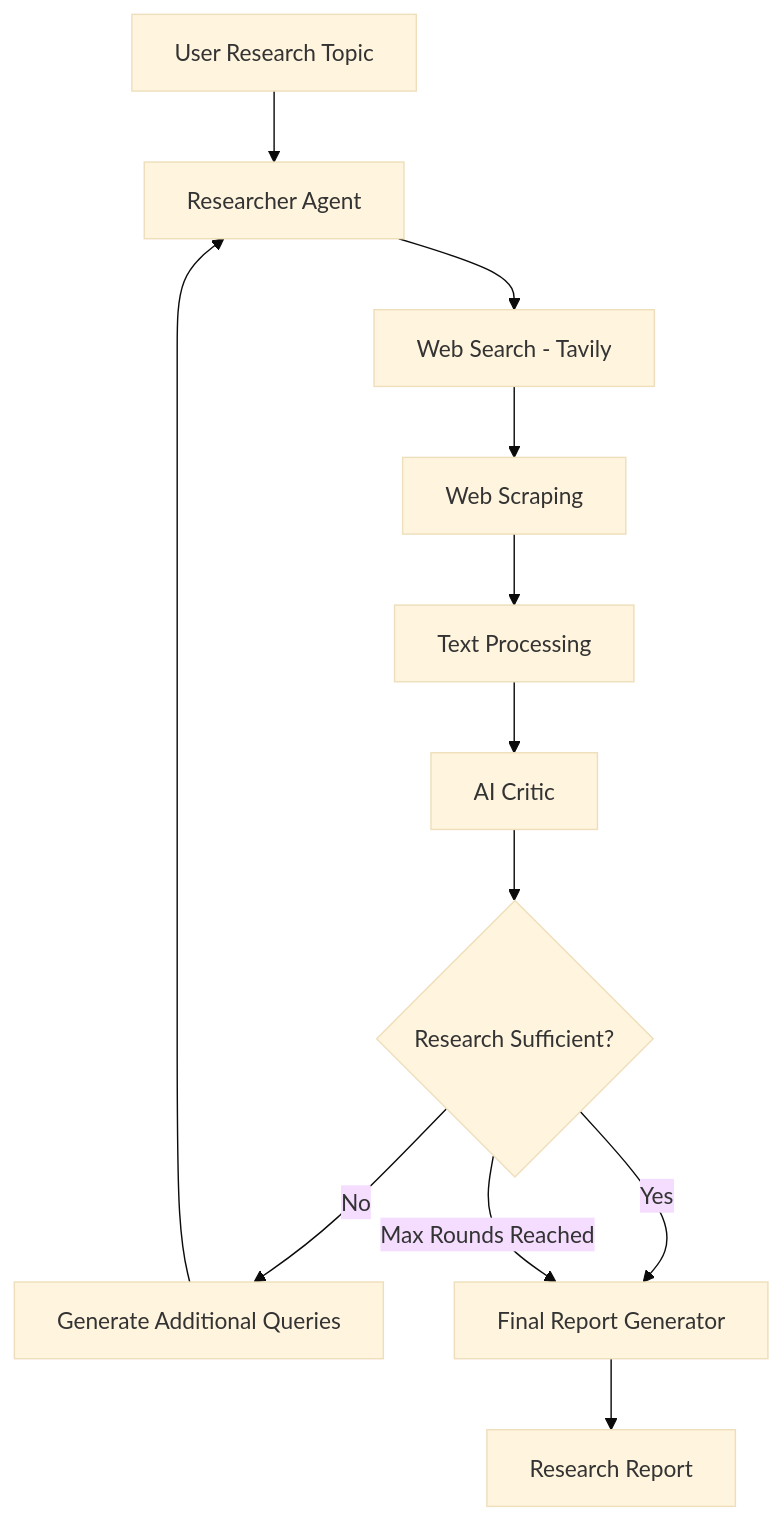
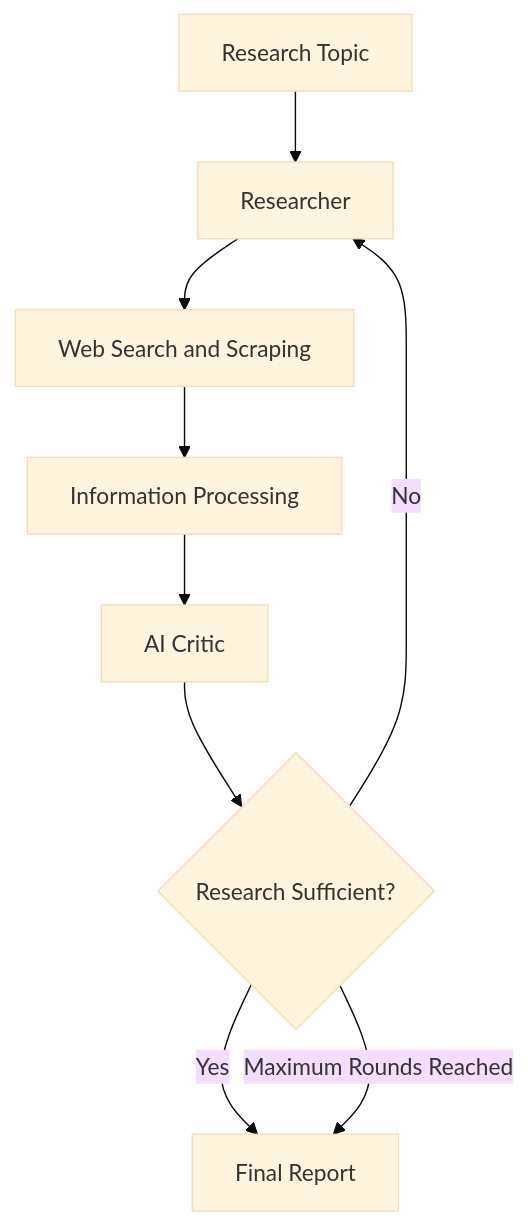
The diagram in README.md (samyamoy1/Autonomous-Research-Agent), drawn with Mermaid (base theme) before and after one commit. The commit also changed other lines of this file, not shown here.

````diff
--- a/README.md
+++ b/README.md
@@ -23,14 +13,11 @@
 ```mermaid
 flowchart TD
-    A[User Research Topic] --> B[Researcher Agent]
-    B --> C[Web Search - Tavily]
-    C --> D[Web Scraping]
-    D --> E[Text Processing]
-    E --> F[AI Critic]
-    F --> G{Research Sufficient?}
-    G -->|No| H[Generate Additional Queries]
-    H --> B
-    G -->|Yes| I[Final Report Generator]
-    G -->|Max Rounds Reached| I
-    I --> J[Research Report]
+    A[Research Topic] --> B[Researcher]
+    B --> C[Web Search and Scraping]
+    C --> D[Information Processing]
+    D --> E[AI Critic]
+    E --> F{Research Sufficient?}
+    F -->|No| B
+    F -->|Yes| G[Final Report]
+    F -->|Maximum Rounds Reached| G
 ```
````
